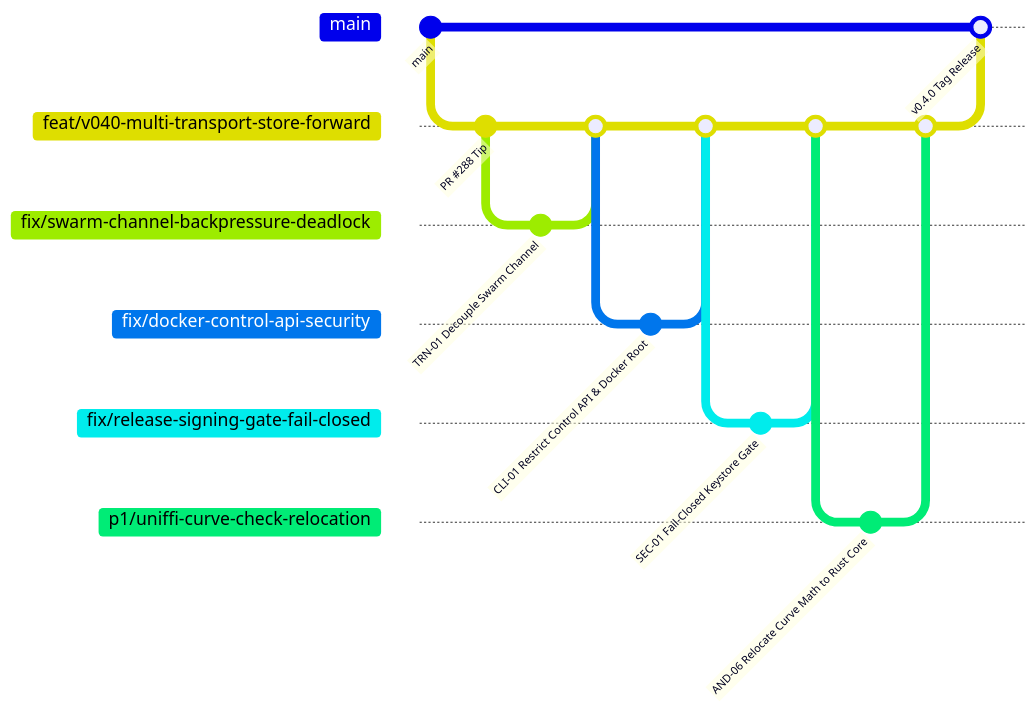
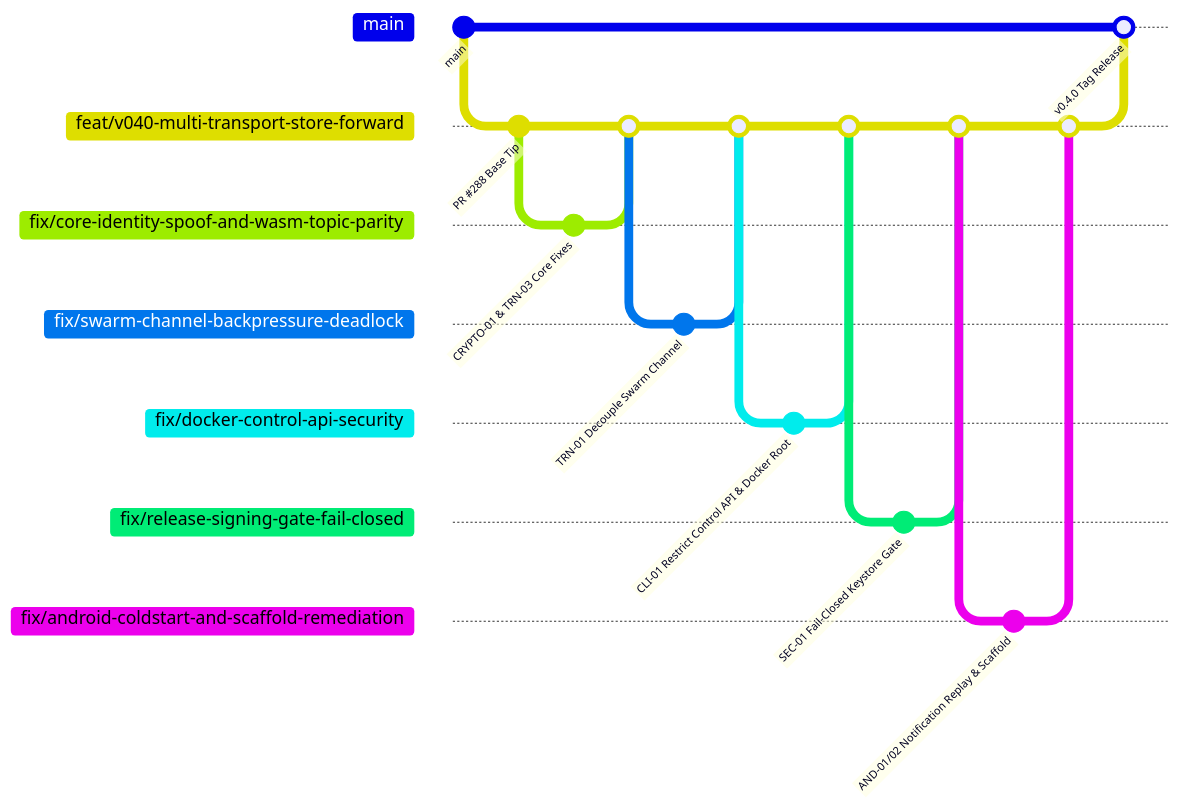
Before and after one commit to Sovereign-Communication/SCMessenger: the diagram in HANDOFF/audit/SHADOW_AUDIT_V040_V050_ADVERSARIAL_REVIEW_2026-09-16.md, drawn with Mermaid. The commit also changed other lines of this file, not shown here.

Commit message:
docs(audit): integrate core identity spoofing and WASM topic omission findings

````diff
--- a/HANDOFF/audit/SHADOW_AUDIT_V040_V050_ADVERSARIAL_REVIEW_2026-09-16.md
+++ b/HANDOFF/audit/SHADOW_AUDIT_V040_V050_ADVERSARIAL_REVIEW_2026-09-16.md
@@ -195,34 +106,40 @@
 ```mermaid
 gitGraph
    commit id: "main"
    branch feat/v040-multi-transport-store-forward
    checkout feat/v040-multi-transport-store-forward
-   commit id: "PR #288 Tip"
+   commit id: "PR #288 Base Tip"
+   
+   branch fix/core-identity-spoof-and-wasm-topic-parity
+   checkout fix/core-identity-spoof-and-wasm-topic-parity
+   commit id: "CRYPTO-01 & TRN-03 Core Fixes"
+   checkout feat/v040-multi-transport-store-forward
+   merge fix/core-identity-spoof-and-wasm-topic-parity
    
    branch fix/swarm-channel-backpressure-deadlock
    checkout fix/swarm-channel-backpressure-deadlock
    commit id: "TRN-01 Decouple Swarm Channel"
    checkout feat/v040-multi-transport-store-forward
    merge fix/swarm-channel-backpressure-deadlock
    
    branch fix/docker-control-api-security
    checkout fix/docker-control-api-security
    commit id: "CLI-01 Restrict Control API & Docker Root"
    checkout feat/v040-multi-transport-store-forward
    merge fix/docker-control-api-security
    
    branch fix/release-signing-gate-fail-closed
    checkout fix/release-signing-gate-fail-closed
    commit id: "SEC-01 Fail-Closed Keystore Gate"
    checkout feat/v040-multi-transport-store-forward
    merge fix/release-signing-gate-fail-closed
    
-   branch p1/uniffi-curve-check-relocation
-   checkout p1/uniffi-curve-check-relocation
-   commit id: "AND-06 Relocate Curve Math to Rust Core"
+   branch fix/android-coldstart-and-scaffold-remediation
+   checkout fix/android-coldstart-and-scaffold-remediation
+   commit id: "AND-01/02 Notification Replay & Scaffold"
    checkout feat/v040-multi-transport-store-forward
-   merge p1/uniffi-curve-check-relocation
+   merge fix/android-coldstart-and-scaffold-remediation
    
    checkout main
    merge feat/v040-multi-transport-store-forward id: "v0.4.0 Tag Release"
 ```
````
